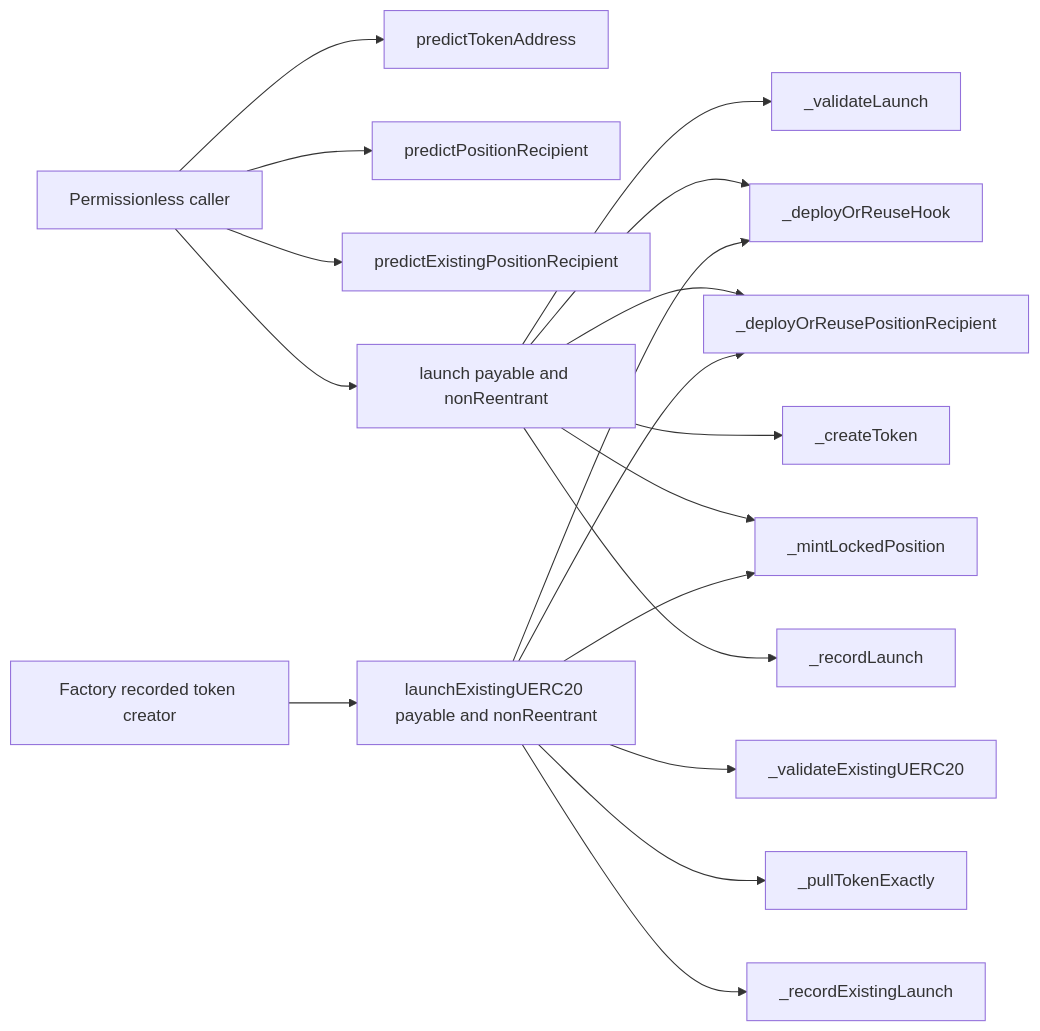
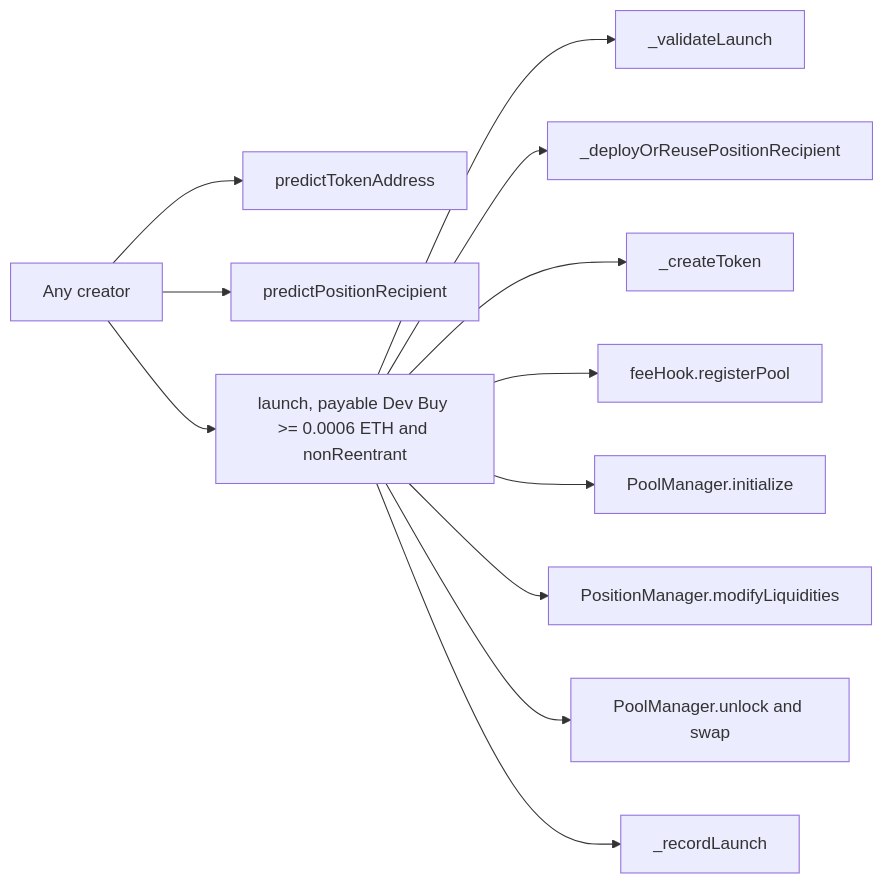
The diagram in contracts/security/diagrams/function-surface.md (0xprogrammable/PROGRAMMABLE), drawn with Mermaid before and after one commit. The commit also changed other lines of this file and 44 other files, not shown here.

````diff
--- a/contracts/security/diagrams/function-surface.md
+++ b/contracts/security/diagrams/function-surface.md
@@ -9,37 +3,27 @@
 ```mermaid
 flowchart LR
-    Caller[Permissionless caller]
-    RecordedCreator[Factory recorded token creator]
-    PredictToken[predictTokenAddress]
-    PredictPosition[predictPositionRecipient]
-    PredictExistingPosition[predictExistingPositionRecipient]
-    Launch[launch payable and nonReentrant]
-    LaunchExisting[launchExistingUERC20 payable and nonReentrant]
-    Validate[_validateLaunch]
-    ValidateExisting[_validateExistingUERC20]
-    PullExisting[_pullTokenExactly]
-    ReuseHook[_deployOrReuseHook]
-    ReuseForwarder[_deployOrReusePositionRecipient]
-    CreateToken[_createToken]
-    Mint[_mintLockedPosition]
-    Record[_recordLaunch]
-    RecordExisting[_recordExistingLaunch]
+    Caller["Any creator"]
+    PredictToken["predictTokenAddress"]
+    PredictPosition["predictPositionRecipient"]
+    Launch["launch, payable Dev Buy >= 0.0006 ETH and nonReentrant"]
+    Validate["_validateLaunch"]
+    DeployRecipient["_deployOrReusePositionRecipient"]
+    CreateToken["_createToken"]
+    Register["feeHook.registerPool"]
+    Initialize["PoolManager.initialize"]
+    Mint["PositionManager.modifyLiquidities"]
+    InitialBuy["PoolManager.unlock and swap"]
+    Record["_recordLaunch"]
 
     Caller --> PredictToken
     Caller --> PredictPosition
-    Caller --> PredictExistingPosition
     Caller --> Launch
-    RecordedCreator --> LaunchExisting
     Launch --> Validate
-    Launch --> ReuseHook
-    Launch --> ReuseForwarder
+    Launch --> DeployRecipient
     Launch --> CreateToken
+    Launch --> Register
+    Launch --> Initialize
     Launch --> Mint
+    Launch --> InitialBuy
     Launch --> Record
-    LaunchExisting --> ValidateExisting
-    LaunchExisting --> PullExisting
-    LaunchExisting --> ReuseHook
-    LaunchExisting --> ReuseForwarder
-    LaunchExisting --> Mint
-    LaunchExisting --> RecordExisting
 ```
````
